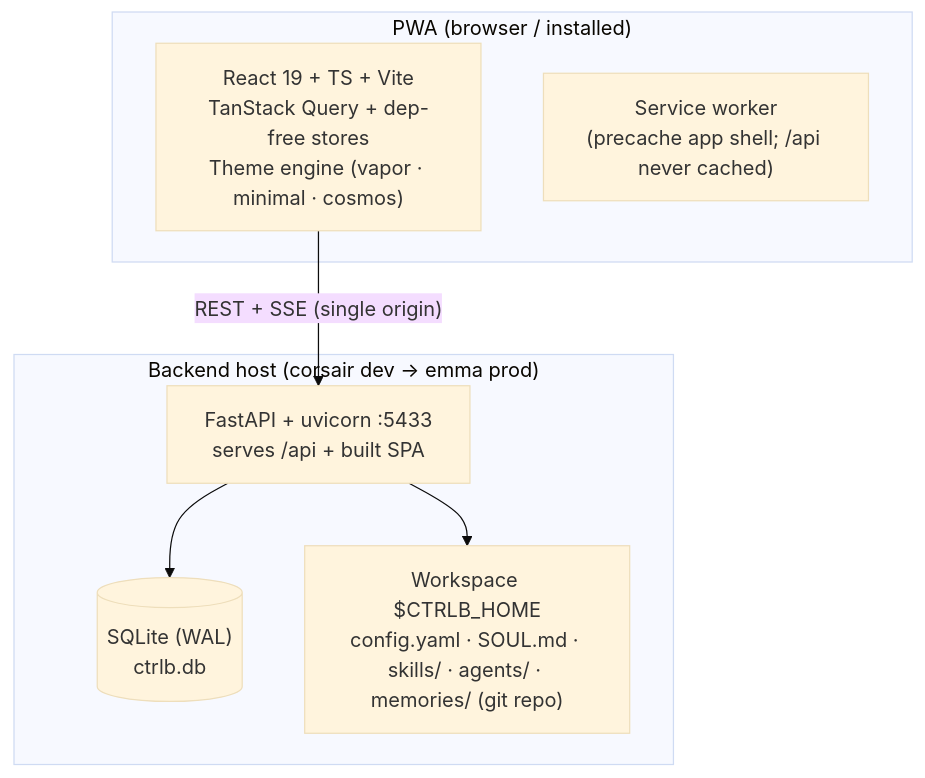
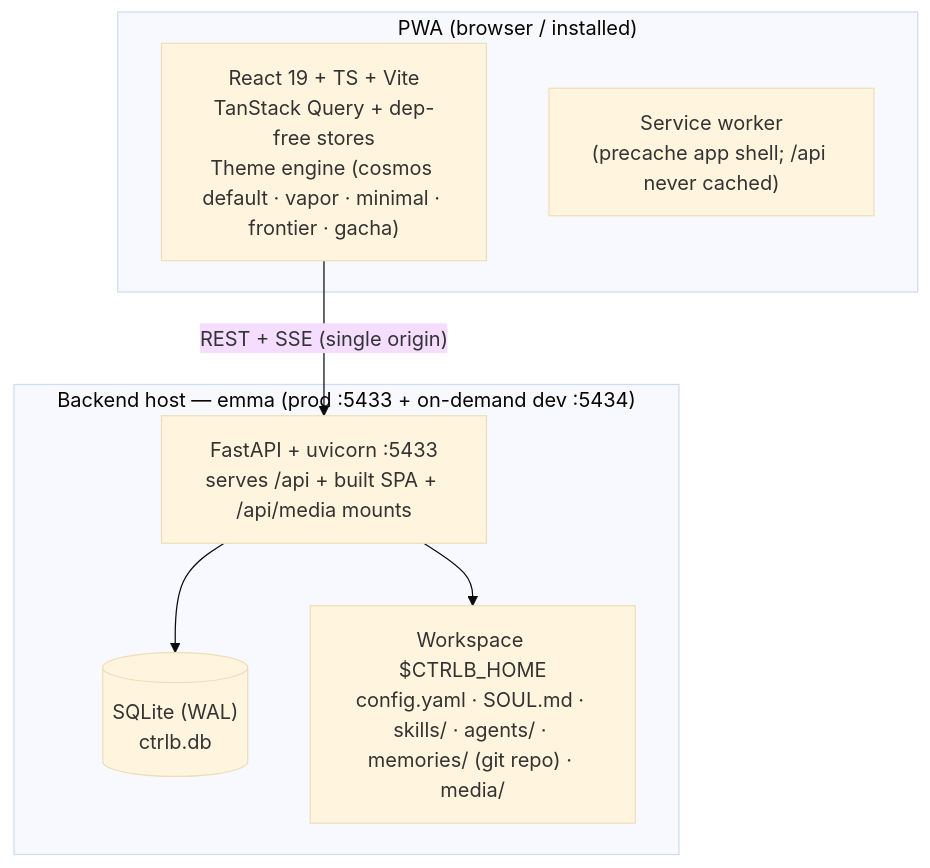
Before and after one commit to nengoxx/ctrl-b: the second of 11 diagrams in docs/SPEC.md, drawn with Mermaid (base theme). The commit also changed other lines of this file and 17 other files, not shown here.

````diff
--- a/docs/SPEC.md
+++ b/docs/SPEC.md
@@ -82,17 +84,17 @@
 ```mermaid
 flowchart TB
     subgraph client["PWA (browser / installed)"]
-        react["React 19 + TS + Vite\nTanStack Query + dep-free stores\nTheme engine (vapor · minimal · cosmos)"]
+        react["React 19 + TS + Vite\nTanStack Query + dep-free stores\nTheme engine (cosmos default · vapor · minimal · frontier · gacha)"]
         sw["Service worker\n(precache app shell; /api never cached)"]
     end
 
-    subgraph server["Backend host (corsair dev → emma prod)"]
-        api["FastAPI + uvicorn :5433\nserves /api + built SPA"]
+    subgraph server["Backend host — emma (prod :5433 + on-demand dev :5434)"]
+        api["FastAPI + uvicorn :5433\nserves /api + built SPA + /api/media mounts"]
         db[("SQLite (WAL)\nctrlb.db")]
-        ws["Workspace $CTRLB_HOME\nconfig.yaml · SOUL.md · skills/ · agents/ · memories/ (git repo)"]
+        ws["Workspace $CTRLB_HOME\nconfig.yaml · SOUL.md · skills/ · agents/ · memories/ (git repo) · media/"]
     end
 
     react -->|"REST + SSE (single origin)"| api
     api --> db
     api --> ws
 ```
````
